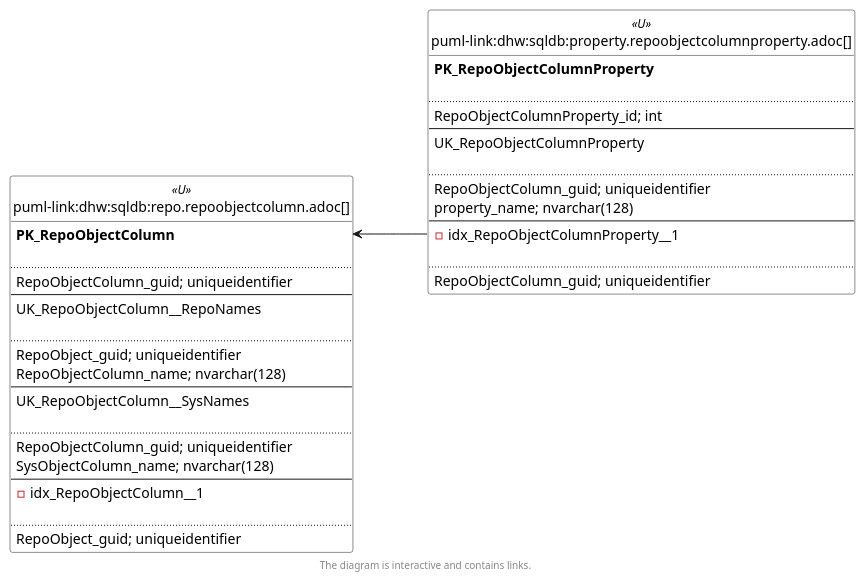
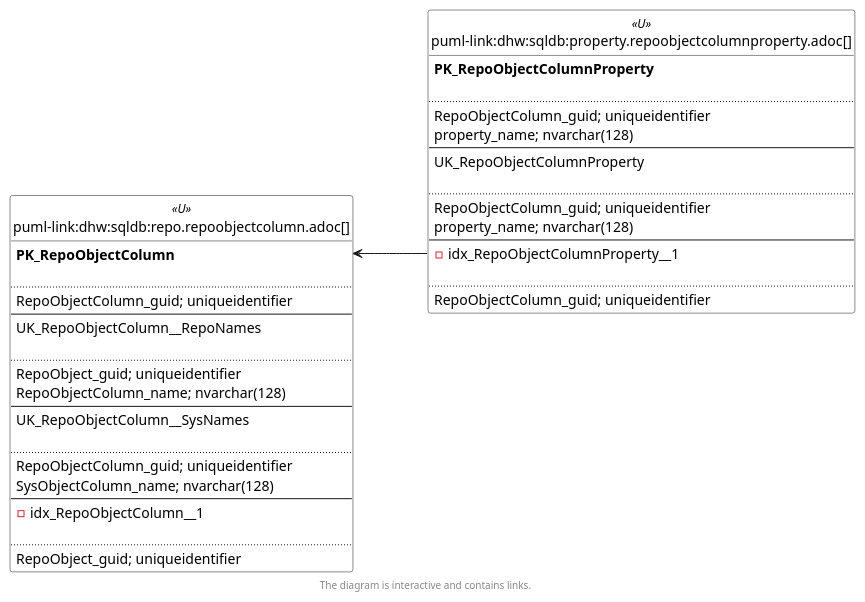
One commit to DataHandwerk/dhw-antora-sqldb changed the second of 6 diagrams in docs/modules/sqldb/partials/content/property.repoobjectcolumnproperty.adoc. Above: the diagram before and after it, drawn with PlantUML. The commit also changed other lines of this file and 751 other files, not shown here.

```diff
--- a/docs/modules/sqldb/partials/content/property.repoobjectcolumnproperty.adoc
+++ b/docs/modules/sqldb/partials/content/property.repoobjectcolumnproperty.adoc
@@ -882,78 +883,79 @@
 [plantuml, entity_1_1_fk-{docname}, svg, subs=macros]
 ....
 @startuml
 left to right direction
 'top to bottom direction
 hide circle
 'avoide "." issues:
 set namespaceSeparator none
 
 
 skinparam class {
   BackgroundColor White
   BackgroundColor<<FN>> Yellow
   BackgroundColor<<FS>> Yellow
   BackgroundColor<<FT>> LightGray
   BackgroundColor<<IF>> Yellow
   BackgroundColor<<IS>> Yellow
   BackgroundColor<<P>>  Aqua
   BackgroundColor<<PC>> Aqua
   BackgroundColor<<SN>> Yellow
   BackgroundColor<<SO>> SlateBlue
   BackgroundColor<<TF>> LightGray
   BackgroundColor<<TR>> Tomato
   BackgroundColor<<U>>  White
   BackgroundColor<<V>>  WhiteSmoke
   BackgroundColor<<X>>  Aqua
   BackgroundColor<<external>> AliceBlue
 }
 
 
 entity "puml-link:dhw:sqldb:property.repoobjectcolumnproperty.adoc[]" as property.RepoObjectColumnProperty << U >> {
 **PK_RepoObjectColumnProperty**
 
 ..
-RepoObjectColumnProperty_id; int
+RepoObjectColumn_guid; uniqueidentifier
+property_name; nvarchar(128)
 --
 UK_RepoObjectColumnProperty
 
 ..
 RepoObjectColumn_guid; uniqueidentifier
 property_name; nvarchar(128)
 --
 - idx_RepoObjectColumnProperty__1
 
 ..
 RepoObjectColumn_guid; uniqueidentifier
 }
 
 entity "puml-link:dhw:sqldb:repo.repoobjectcolumn.adoc[]" as repo.RepoObjectColumn << U >> {
 **PK_RepoObjectColumn**
 
 ..
 RepoObjectColumn_guid; uniqueidentifier
 --
 UK_RepoObjectColumn__RepoNames
 
 ..
 RepoObject_guid; uniqueidentifier
 RepoObjectColumn_name; nvarchar(128)
 --
 UK_RepoObjectColumn__SysNames
 
 ..
 RepoObjectColumn_guid; uniqueidentifier
 SysObjectColumn_name; nvarchar(128)
 --
 - idx_RepoObjectColumn__1
 
 ..
 RepoObject_guid; uniqueidentifier
 }
 
 "repo.RepoObjectColumn::PK_RepoObjectColumn" <-- "property.RepoObjectColumnProperty::idx_RepoObjectColumnProperty__1"
 
 footer The diagram is interactive and contains links.
 
 @enduml
 ....
```
